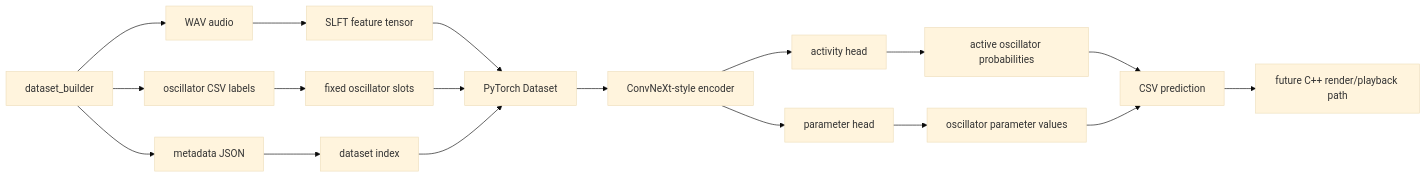
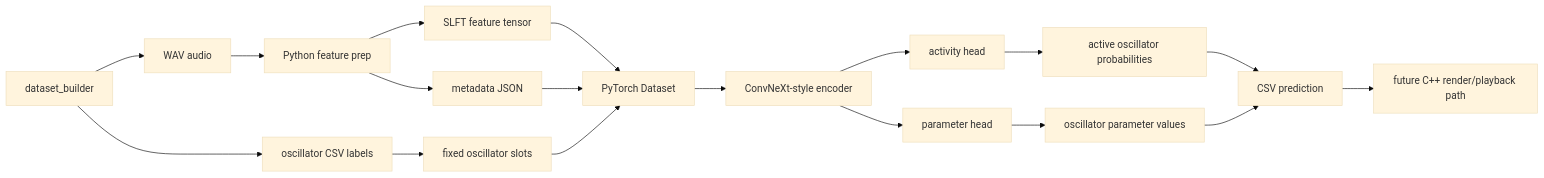
The first of 3 diagrams in docs/trainer.md (BMFriedenstein/SoundLearner), drawn with Mermaid (base theme) before and after one commit. The commit also changed other lines of this file and 48 other files, not shown here.

````diff
--- a/docs/trainer.md
+++ b/docs/trainer.md
@@ -19,20 +19,20 @@
 ```mermaid
 flowchart LR
     A["dataset_builder"] --> B["WAV audio"]
     A --> C["oscillator CSV labels"]
-    A --> D["metadata JSON"]
-    B --> E["SLFT feature tensor"]
+    B --> D["Python feature prep"]
+    D --> E["SLFT feature tensor"]
     C --> F["fixed oscillator slots"]
-    D --> G["dataset index"]
+    D --> G["metadata JSON"]
     E --> H["PyTorch Dataset"]
     F --> H
     G --> H
     H --> I["ConvNeXt-style encoder"]
     I --> J["activity head"]
     I --> K["parameter head"]
     J --> L["active oscillator probabilities"]
     K --> M["oscillator parameter values"]
     L --> N["CSV prediction"]
     M --> N
     N --> O["future C++ render/playback path"]
 ```
````
